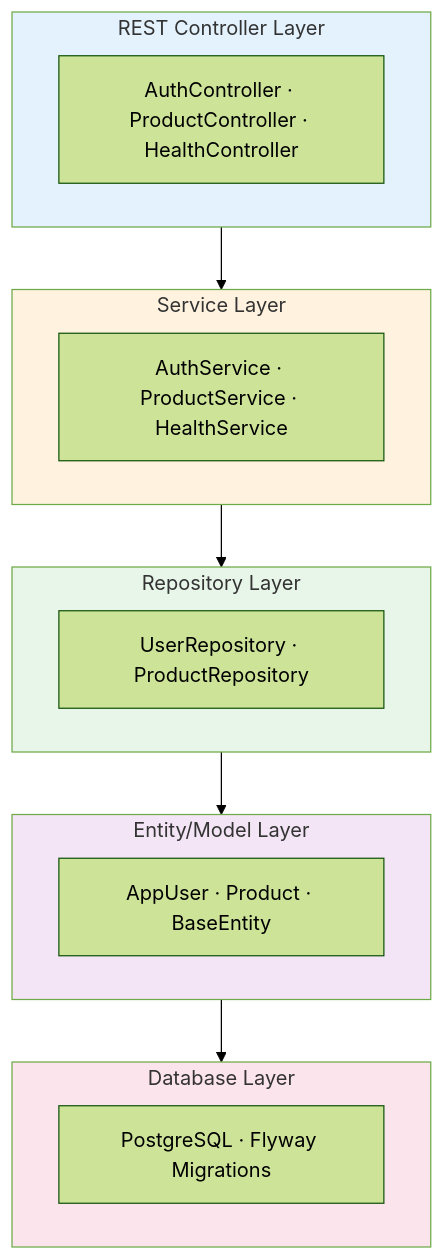
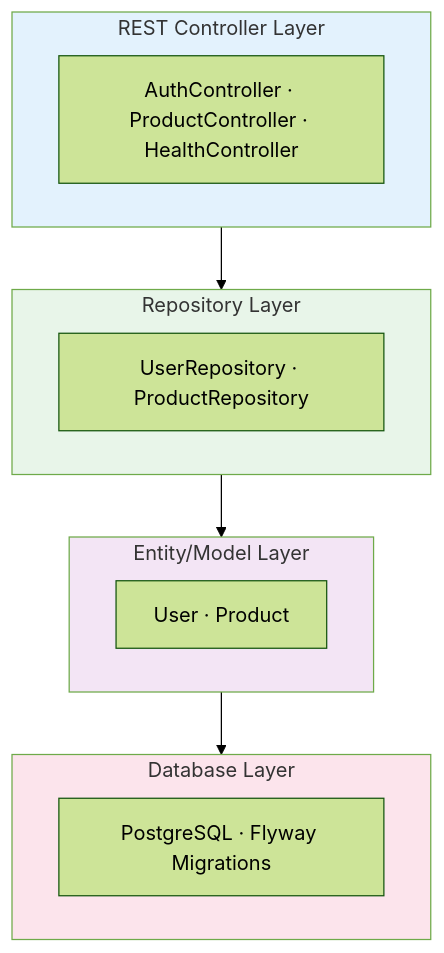
The first of 2 diagrams in docs/architecture/system/backend.md (Keglev/stockease), drawn with Mermaid (forest theme) before and after one commit. The commit also changed other lines of this file and 63 other files, not shown here.

````diff
--- a/docs/architecture/system/backend.md
+++ b/docs/architecture/system/backend.md
@@ -11,29 +11,24 @@
 ```mermaid
 graph TD
     subgraph Controller["REST Controller Layer"]
         C1["AuthController · ProductController · HealthController"]
     end
-    subgraph Service["Service Layer"]
-        S1["AuthService · ProductService · HealthService"]
-    end
     subgraph Repository["Repository Layer"]
         R1["UserRepository · ProductRepository"]
     end
     subgraph Entity["Entity/Model Layer"]
-        E1["AppUser · Product · BaseEntity"]
+        E1["User · Product"]
     end
     subgraph Database["Database Layer"]
         D1["PostgreSQL · Flyway Migrations"]
     end
 
-    Controller --> Service
-    Service --> Repository
+    Controller --> Repository
     Repository --> Entity
     Entity --> Database
 
     style Controller fill:#e3f2fd
-    style Service fill:#fff3e0
     style Repository fill:#e8f5e9
     style Entity fill:#f3e5f5
     style Database fill:#fce4ec
 ```
````
